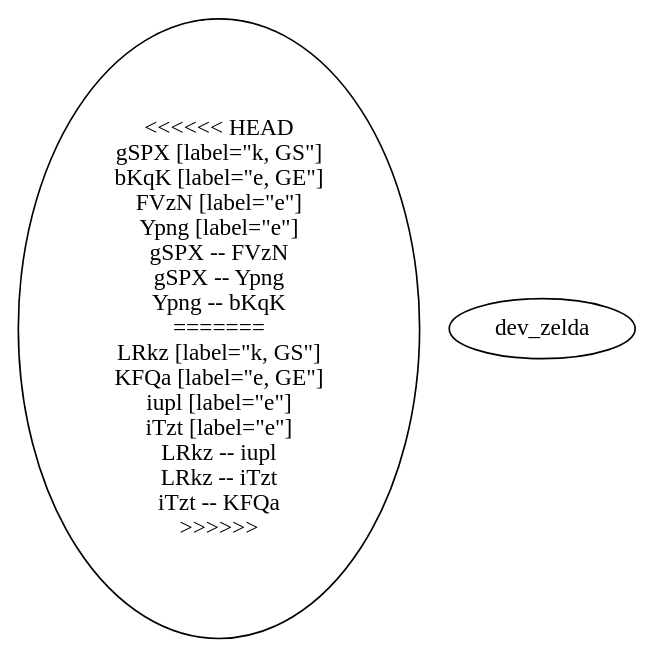
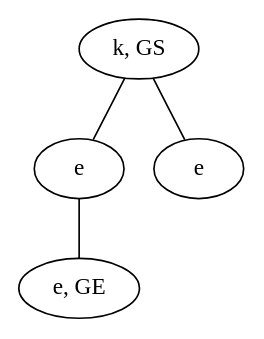
Before and after one commit to schrum2/MM-NEAT: the diagram in data/VGLC/Zelda/rules/1/11_K-E.dot, drawn with Graphviz. The commit also changed 22 other files, not shown here.

```diff
--- a/data/VGLC/Zelda/rules/1/11_K-E.dot
+++ b/data/VGLC/Zelda/rules/1/11_K-E.dot
@@ -1,19 +1,9 @@
 graph {
-<<<<<<< HEAD
-gSPX [label="k, GS"]
-bKqK [label="e, GE"]
-FVzN [label="e"]
-Ypng [label="e"]
-gSPX -- FVzN
-gSPX -- Ypng
-Ypng -- bKqK
-=======
-LRkz [label="k, GS"]
-KFQa [label="e, GE"]
-iupl [label="e"]
-iTzt [label="e"]
-LRkz -- iupl
-LRkz -- iTzt
-iTzt -- KFQa
->>>>>>> dev_zelda
+BQde [label="k, GS"]
+gTHr [label="e, GE"]
+MlZj [label="e"]
+Skix [label="e"]
+BQde -- MlZj
+BQde -- Skix
+MlZj -- gTHr
 }
```
